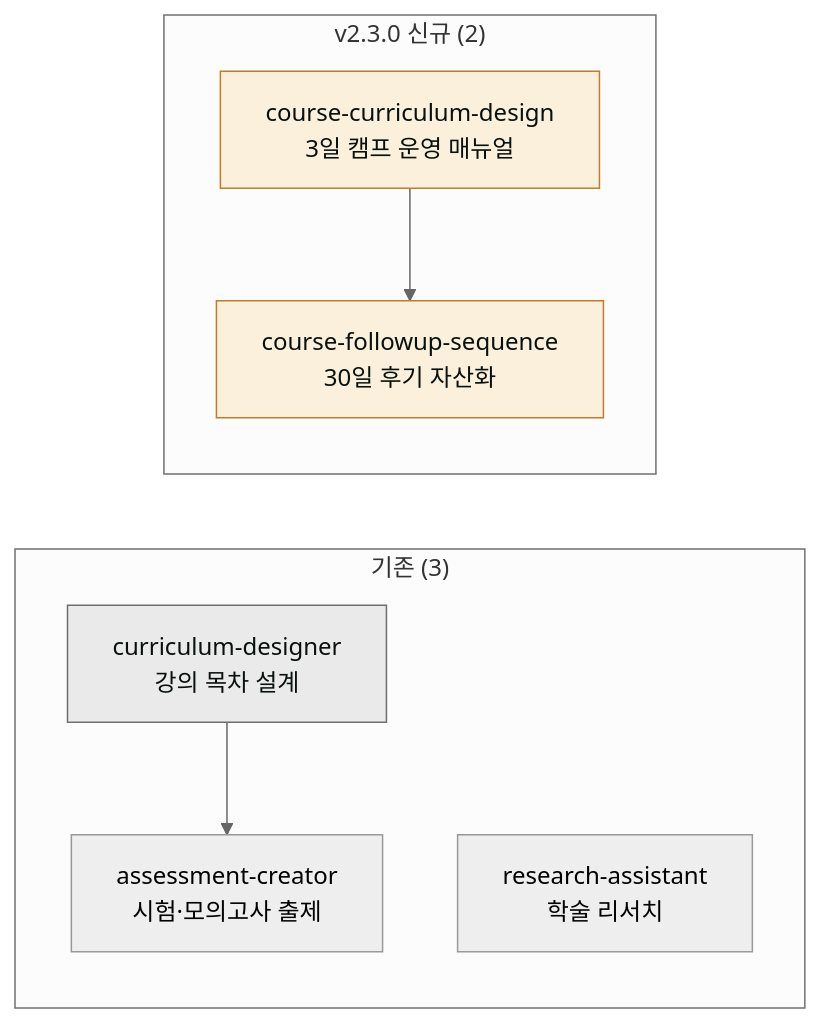
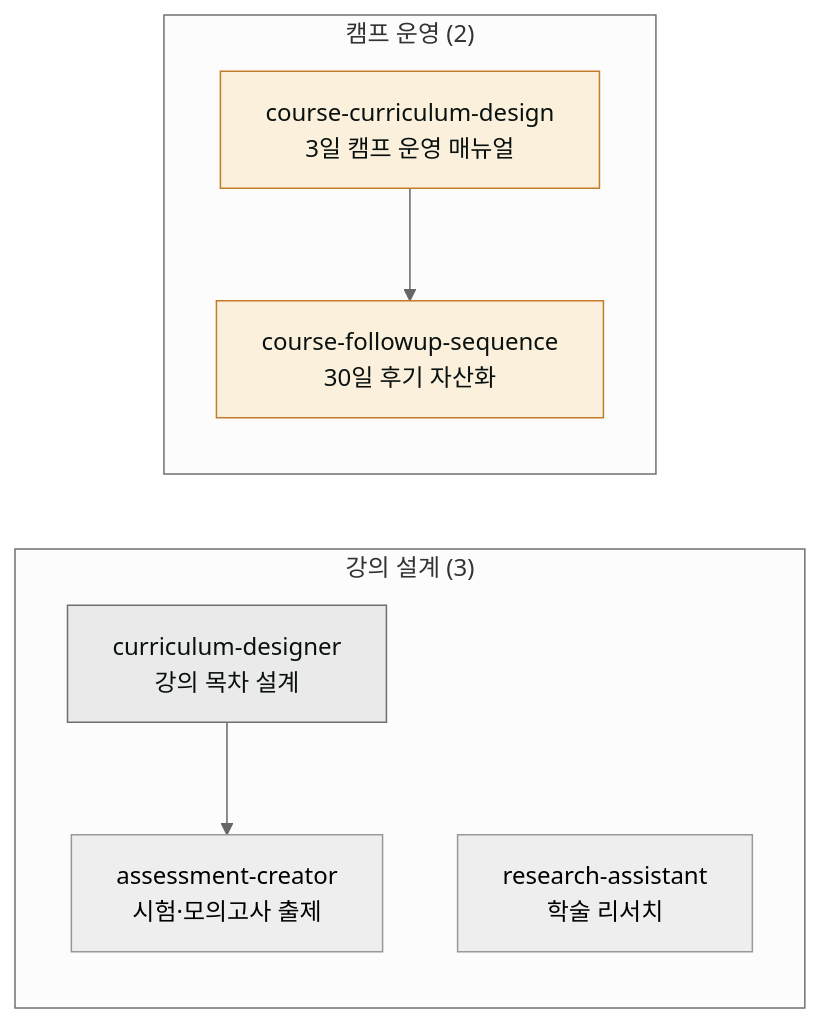
Before and after one commit to modu-ai/claude: the diagram in content/plugins/moai-education.md, drawn with Mermaid (neutral theme). The commit also changed other lines of this file and 40 other files, not shown here.

````diff
--- a/content/plugins/moai-education.md
+++ b/content/plugins/moai-education.md
@@ -13,17 +13,17 @@
 ```mermaid
 flowchart LR
-    subgraph 기존["기존 (3)"]
+    subgraph 기존["강의 설계 (3)"]
         A["curriculum-designer<br/>강의 목차 설계"]
         B["assessment-creator<br/>시험·모의고사 출제"]
         C["research-assistant<br/>학술 리서치"]
     end
-    subgraph 신규["v2.3.0 신규 (2)"]
+    subgraph 신규["캠프 운영 (2)"]
         D["course-curriculum-design<br/>3일 캠프 운영 매뉴얼"]
         E["course-followup-sequence<br/>30일 후기 자산화"]
     end
     A --> B
     D --> E
     style A fill:#eaeaea,stroke:#6e6e6e,color:#09110f
     style D fill:#fbf0dc,stroke:#c47b2a,color:#09110f
     style E fill:#fbf0dc,stroke:#c47b2a,color:#09110f
 ```
````
